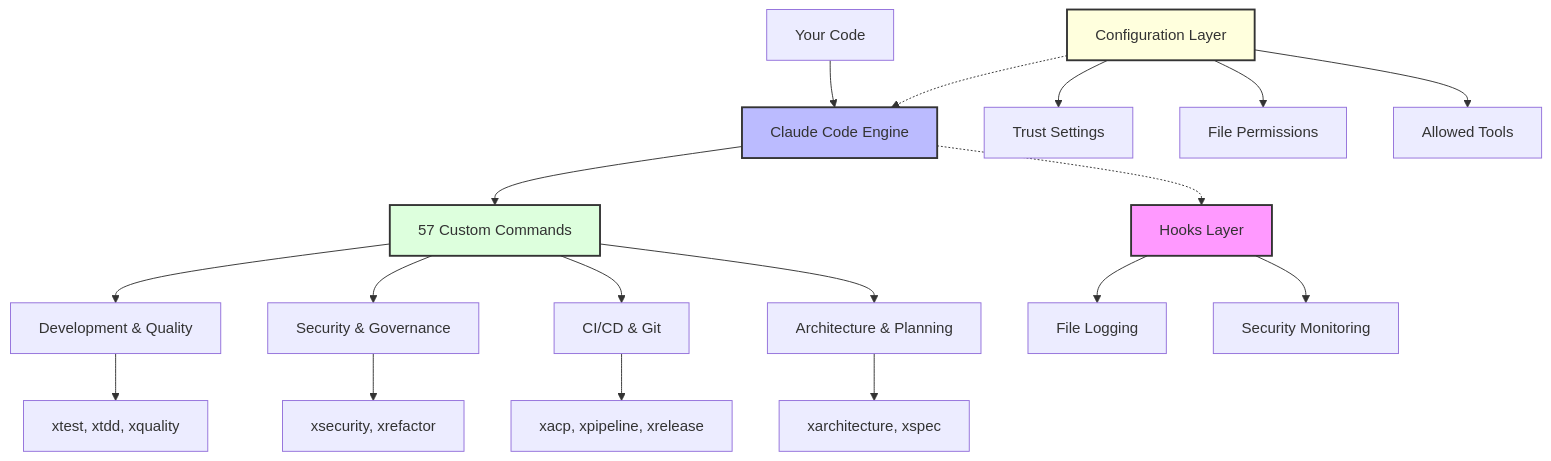
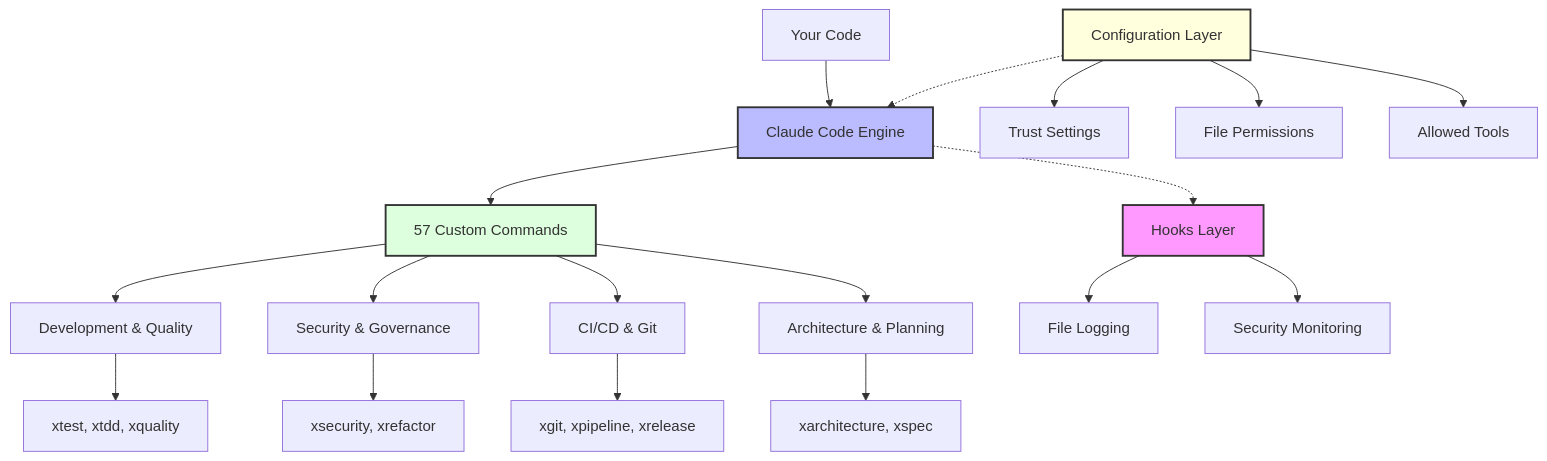
The diagram in docs/post-advanced-claude-code.md (PaulDuvall/claude-code), drawn with Mermaid before and after one commit. The commit also changed other lines of this file and 6 other files, not shown here.

````diff
--- a/docs/post-advanced-claude-code.md
+++ b/docs/post-advanced-claude-code.md
@@ -83,32 +83,32 @@
 ```mermaid
 graph TD
     A[Your Code] --> B[Claude Code Engine]
     
     I[Configuration Layer] -.-> B
     I --> I1[Trust Settings]
     I --> I2[File Permissions]
     I --> I3[Allowed Tools]
     
     B --> C[57 Custom Commands]
     
     C --> D[Development & Quality]
     D --> D1[xtest, xtdd, xquality]
     
     C --> E[Security & Governance] 
     E --> E1[xsecurity, xrefactor]
     
     C --> F[CI/CD & Git]
-    F --> F1[xacp, xpipeline, xrelease]
+    F --> F1[xgit, xpipeline, xrelease]
     
     C --> G[Architecture & Planning]
     G --> G1[xarchitecture, xspec]
     
     B -.-> H[Hooks Layer]
     H --> H1[File Logging]
     H --> H2[Security Monitoring]
     
     style B fill:#bbf,stroke:#333,stroke-width:2px
     style C fill:#dfd,stroke:#333,stroke-width:2px
     style H fill:#f9f,stroke:#333,stroke-width:2px
     style I fill:#ffd,stroke:#333,stroke-width:2px
 ```
````
